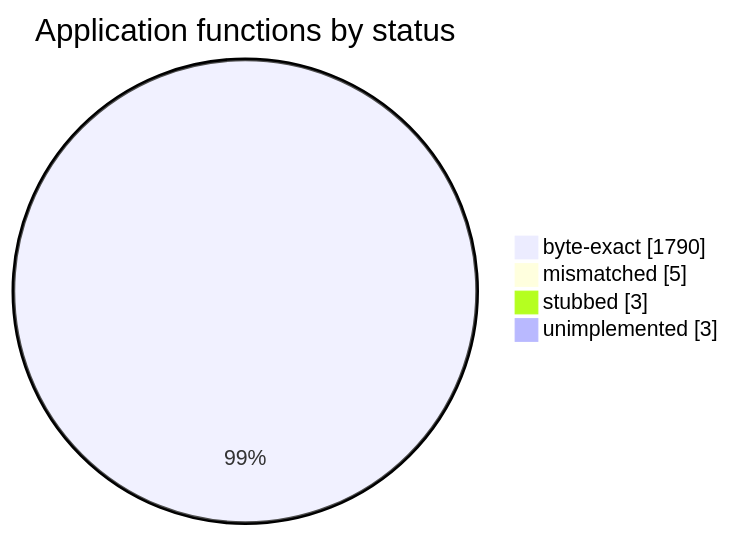
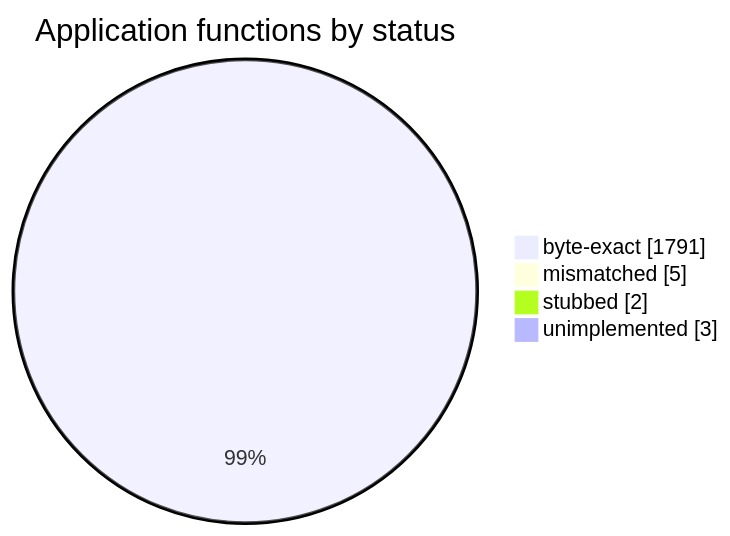
The diagram in README.md (sorokya/eos), drawn with Mermaid before and after one commit. The commit also changed other lines of this file and 1 other file, not shown here.

Commit message:
FUN_00462374 byte-exact (login handshake): direct temporary not named local; sheet 1790->1791 rows, +1339 bytes

````diff
--- a/README.md
+++ b/README.md
@@ -154,8 +154,8 @@
 ```mermaid
 pie showData
     title Application functions by status
-    "byte-exact" : 1790
+    "byte-exact" : 1791
     "mismatched" : 5
-    "stubbed" : 3
+    "stubbed" : 2
     "unimplemented" : 3
 ```
````
